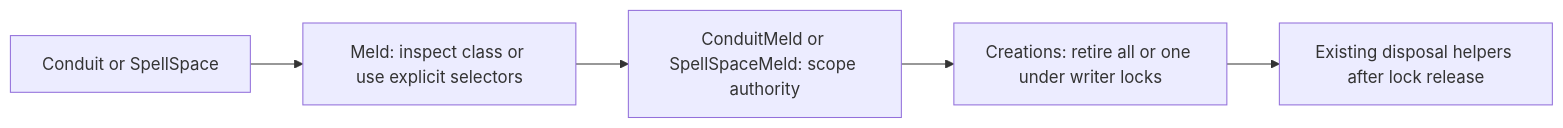
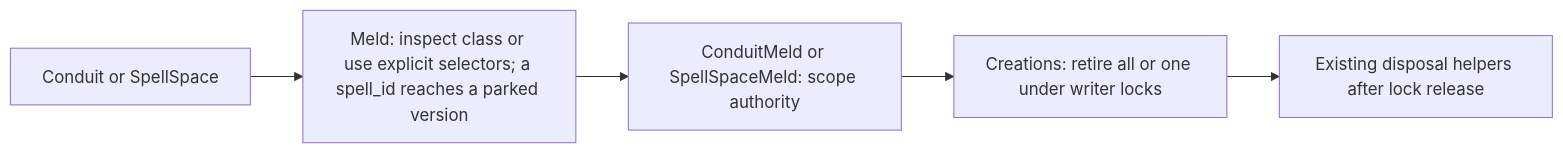
The fifth of 16 diagrams in context_compass/system_docs/src_architecture.md (Synaptic724/melder), drawn with Mermaid before and after one commit. The commit also changed other lines of this file and 156 other files, not shown here.

Commit message:
Correct stale docstrings in `creations.py` to reflect the current behavior for `ManyDisposalBucket` and related methods since 0.2.8257. Updated related system docs (`src_components`, `src_architecture`, `src_graph`) and notched version to 0.2.8268. No functional changes.

````diff
--- a/context_compass/system_docs/src_architecture.md
+++ b/context_compass/system_docs/src_architecture.md
@@ -4042,7 +4128,7 @@
 ```mermaid
 flowchart LR
-  C[Conduit or SpellSpace] --> L[Meld: inspect class or use explicit selectors]
+  C[Conduit or SpellSpace] --> L[Meld: inspect class or use explicit selectors; a spell_id reaches a parked version]
   L --> M[ConduitMeld or SpellSpaceMeld: scope authority]
   M --> S[Creations: retire all or one under writer locks]
   S --> D[Existing disposal helpers after lock release]
 ```
````
